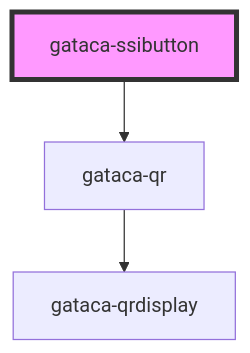
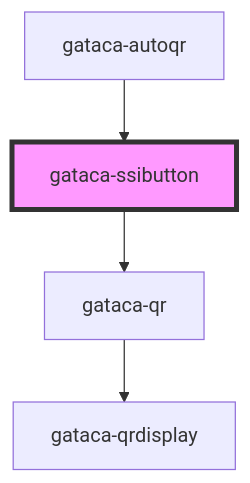
Before and after one commit to gataca-io/gataca-QR: the diagram in src/components/gataca-ssibutton/readme.md, drawn with Mermaid. The commit also changed other lines of this file and 18 other files, not shown here.

````diff
--- a/src/components/gataca-ssibutton/readme.md
+++ b/src/components/gataca-ssibutton/readme.md
@@ -126,6 +294,7 @@
 ```mermaid
 graph TD;
   gataca-ssibutton --> gataca-qr
   gataca-qr --> gataca-qrdisplay
+  gataca-autoqr --> gataca-ssibutton
   style gataca-ssibutton fill:#f9f,stroke:#333,stroke-width:4px
 ```
````
